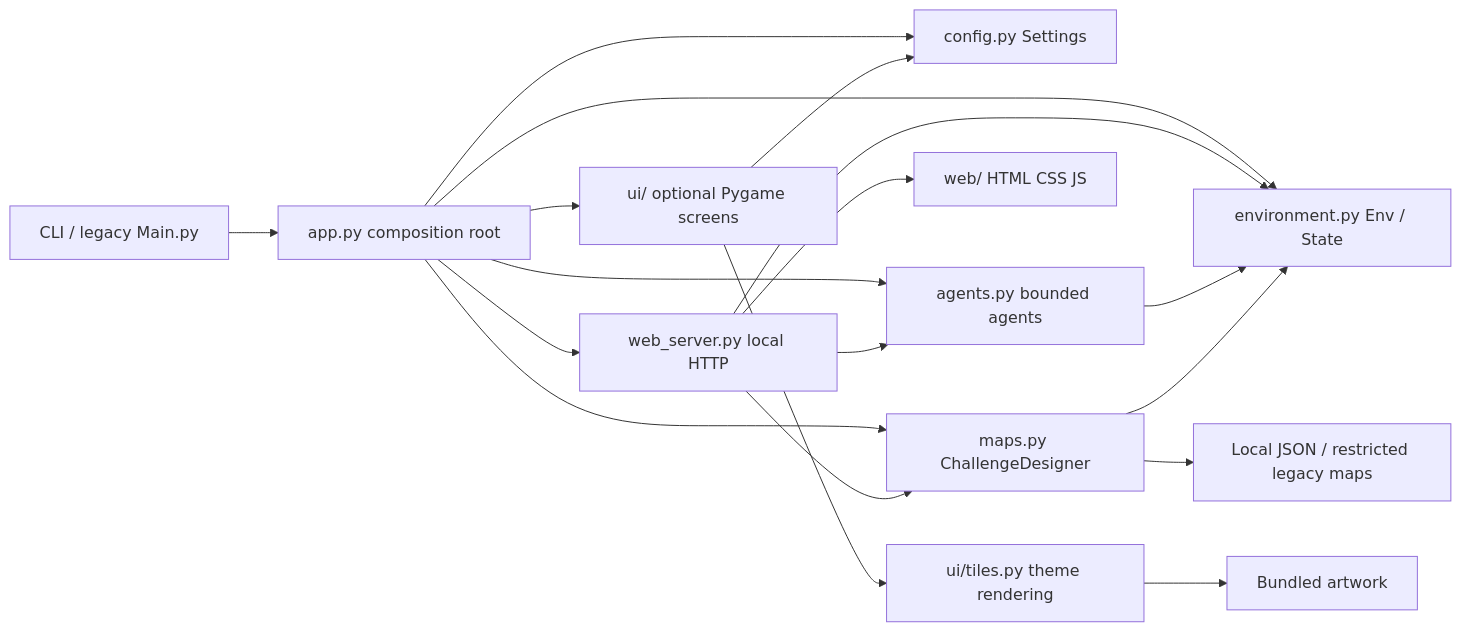
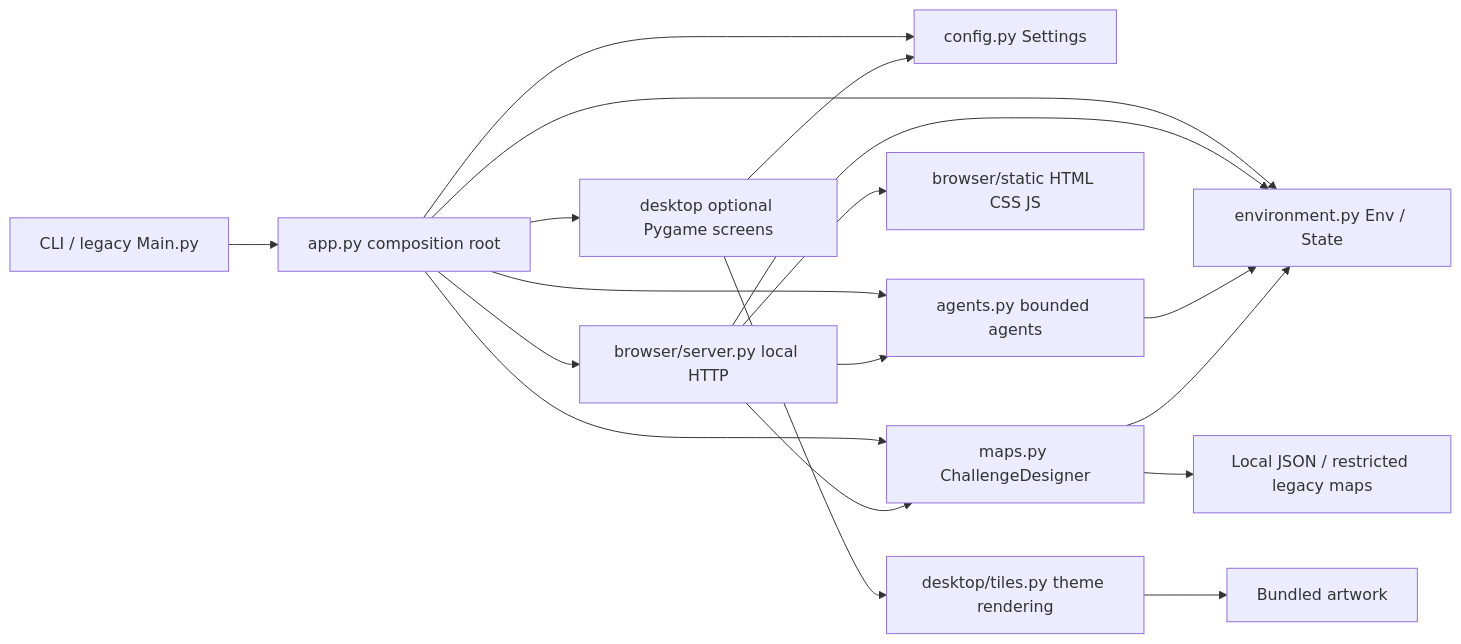
Before and after one commit to Roobahist/PathFindingEmulator: the diagram in docs/architecture.md, drawn with Mermaid. The commit also changed other lines of this file and 116 other files, not shown here.

````diff
--- a/docs/architecture.md
+++ b/docs/architecture.md
@@ -7,20 +7,20 @@
 ```mermaid
 flowchart LR
     CLI[CLI / legacy Main.py] --> APP[app.py composition root]
     APP --> CONFIG[config.py Settings]
     APP --> MAPS[maps.py ChallengeDesigner]
     APP --> AGENTS[agents.py bounded agents]
     APP --> ENV[environment.py Env / State]
-    APP --> WEB[web_server.py local HTTP]
-    WEB --> FRONT[web/ HTML CSS JS]
+    APP --> WEB[browser/server.py local HTTP]
+    WEB --> FRONT[browser/static HTML CSS JS]
     WEB --> ENV
     WEB --> AGENTS
     WEB --> MAPS
-    APP --> UI[ui/ optional Pygame screens]
+    APP --> UI[desktop optional Pygame screens]
     AGENTS --> ENV
     MAPS --> ENV
-    UI --> TILES[ui/tiles.py theme rendering]
+    UI --> TILES[desktop/tiles.py theme rendering]
     TILES --> ASSETS[Bundled artwork]
     MAPS --> FILES[Local JSON / restricted legacy maps]
     UI --> CONFIG
 ```
````
